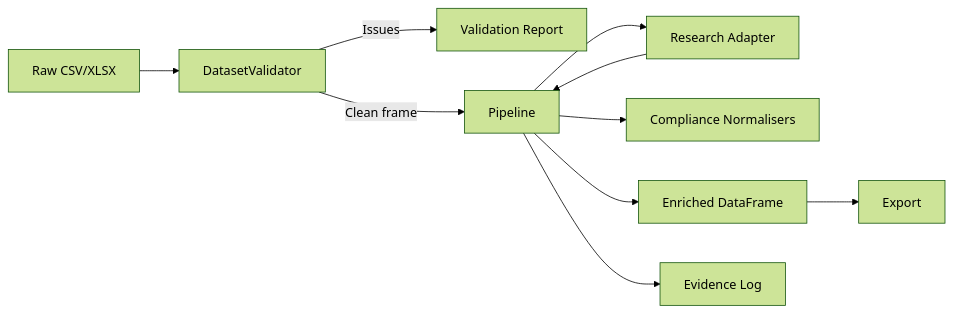
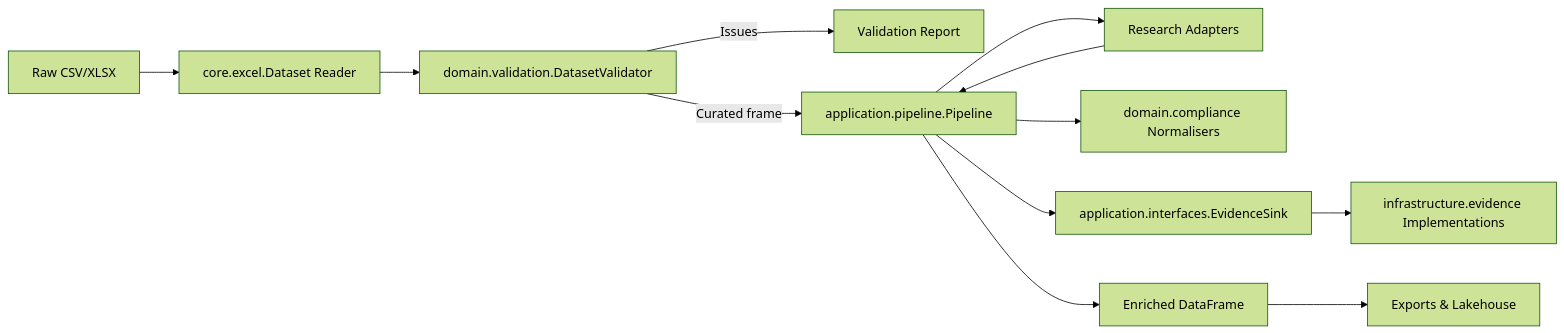
The diagram in docs/architecture.md (IAmJonoBo/watercrawl), drawn with Mermaid (forest theme) before and after one commit. The commit also changed other lines of this file and 38 other files, not shown here.

````diff
--- a/docs/architecture.md
+++ b/docs/architecture.md
@@ -34,12 +27,14 @@
 ```mermaid
 flowchart LR
-    A[Raw CSV/XLSX] --> B[DatasetValidator]
-    B -->|Issues| C[Validation Report]
-    B -->|Clean frame| D[Pipeline]
-    D --> E[Research Adapter]
-    E --> D
-    D --> F[Compliance Normalisers]
-    D --> G[Enriched DataFrame]
-    D --> H[Evidence Log]
-    G --> I[Export]
+    A[Raw CSV/XLSX] --> B[core.excel.Dataset Reader]
+    B --> C[domain.validation.DatasetValidator]
+    C -->|Issues| D[Validation Report]
+    C -->|Curated frame| E[application.pipeline.Pipeline]
+    E --> F[Research Adapters]
+    F --> E
+    E --> G[domain.compliance Normalisers]
+    E --> H[application.interfaces.EvidenceSink]
+    H --> I[infrastructure.evidence Implementations]
+    E --> J[Enriched DataFrame]
+    J --> K[Exports & Lakehouse]
 ```
````
